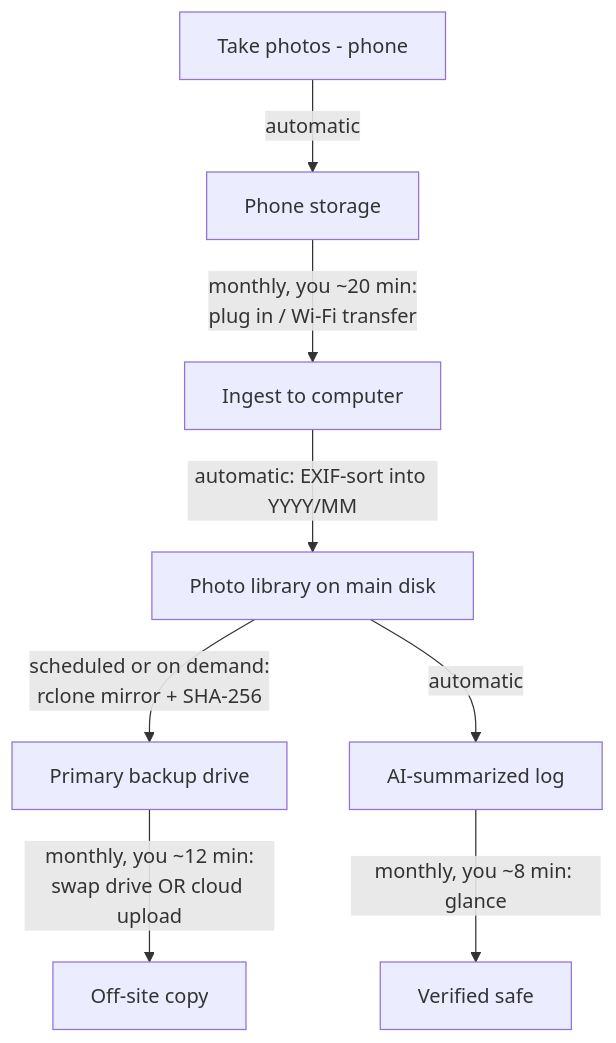
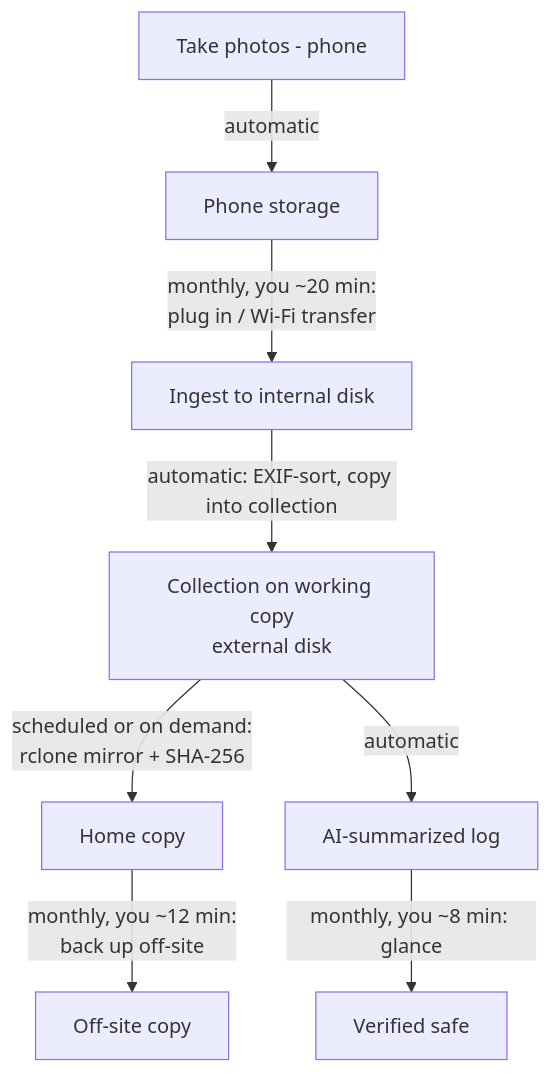
Before and after one commit to NikoAri/turbo-collection: the second of 2 diagrams in docs/design-record.md, drawn with Mermaid. The commit also changed other lines of this file and 82 other files, not shown here.

First line of the commit message:
Add Turbo-Collection samples for main and off-site archives

````diff
--- a/docs/design-record.md
+++ b/docs/design-record.md
@@ -446,10 +445,10 @@
 ```mermaid
 flowchart TD
     A[Take photos - phone] -->|automatic| B[Phone storage]
-    B -->|monthly, you ~20 min:<br/>plug in / Wi-Fi transfer| C[Ingest to computer]
-    C -->|automatic: EXIF-sort into YYYY/MM| D[Photo library on main disk]
-    D -->|scheduled or on demand:<br/>rclone mirror + SHA-256| E[Primary backup drive]
-    E -->|monthly, you ~12 min:<br/>swap drive OR cloud upload| F[Off-site copy]
+    B -->|monthly, you ~20 min:<br/>plug in / Wi-Fi transfer| C[Ingest to internal disk]
+    C -->|automatic: EXIF-sort, copy into collection| D[Collection on working copy<br/>external disk]
+    D -->|scheduled or on demand:<br/>rclone mirror + SHA-256| E[Home copy]
+    E -->|monthly, you ~12 min:<br/>back up off-site| F[Off-site copy]
     D -->|automatic| G[AI-summarized log]
     G -->|monthly, you ~8 min: glance| H[Verified safe]
 ```
````
